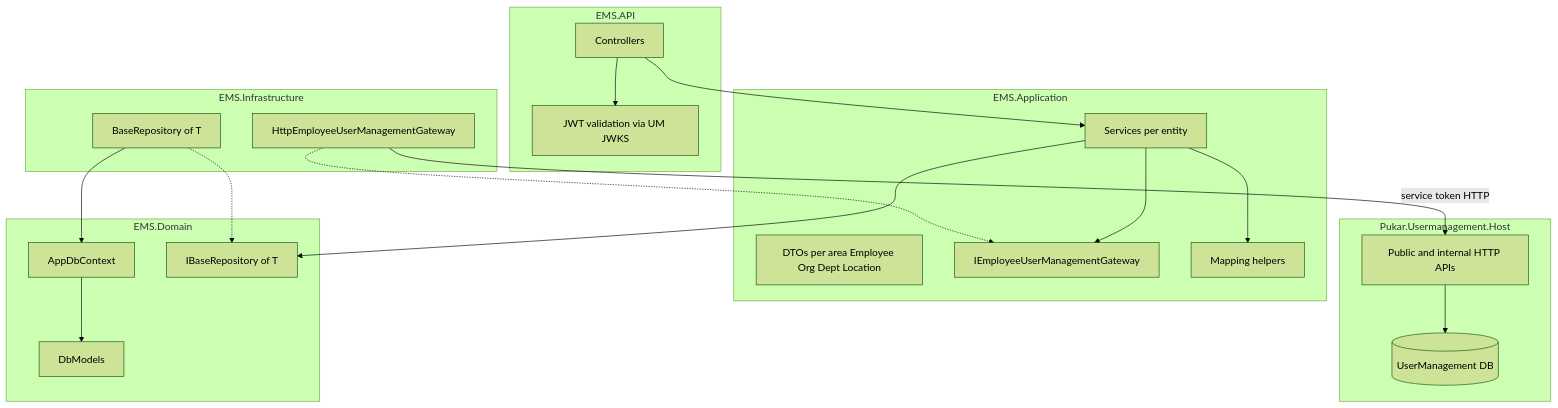
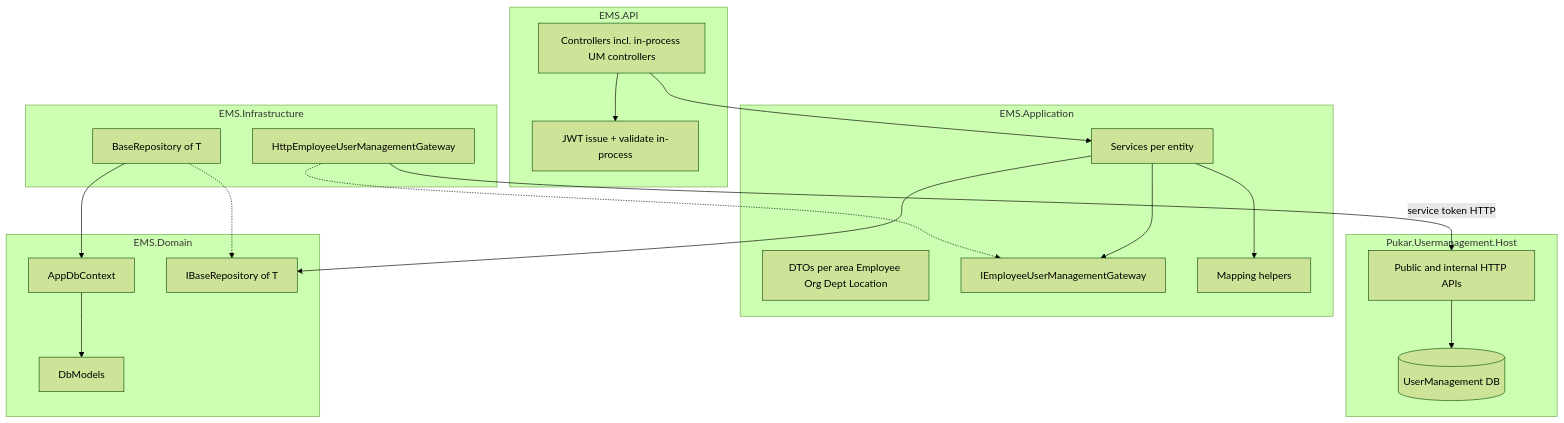
Before and after one commit to pukar123/EmployeeManagementSystem: the first of 4 diagrams in docs/architecture.md, drawn with Mermaid (forest theme). The commit also changed other lines of this file and 65 other files, not shown here.

First line of the commit message:
Refactor EMS architecture for single-host deployment with integrated User Management

````diff
--- a/docs/architecture.md
+++ b/docs/architecture.md
@@ -7,37 +20,37 @@
 ```mermaid
 flowchart TB
   subgraph api [EMS.API]
-    Controllers[Controllers]
-    JwtValidate[JWT validation via UM JWKS]
+    Controllers[Controllers incl. in-process UM controllers]
+    JwtValidate[JWT issue + validate in-process]
   end
   subgraph app [EMS.Application]
     DTOs[DTOs per area Employee Org Dept Location]
     Services[Services per entity]
     GatewayIf[IEmployeeUserManagementGateway]
     Mapping[Mapping helpers]
   end
   subgraph infra [EMS.Infrastructure]
     Repo[BaseRepository of T]
     HttpGateway[HttpEmployeeUserManagementGateway]
   end
   subgraph domain [EMS.Domain]
     DbCtx[AppDbContext]
     Entities[DbModels]
     RepoIf[IBaseRepository of T]
   end
   subgraph um [Pukar.Usermanagement.Host]
     UmApi[Public and internal HTTP APIs]
     UmDb[(UserManagement DB)]
   end
   Controllers --> Services
   Controllers --> JwtValidate
   Services --> Mapping
   Services --> RepoIf
   Services --> GatewayIf
   HttpGateway -.-> GatewayIf
   HttpGateway -->|service token HTTP| UmApi
   Repo -.-> RepoIf
   Repo --> DbCtx
   DbCtx --> Entities
   UmApi --> UmDb
 ```
````
